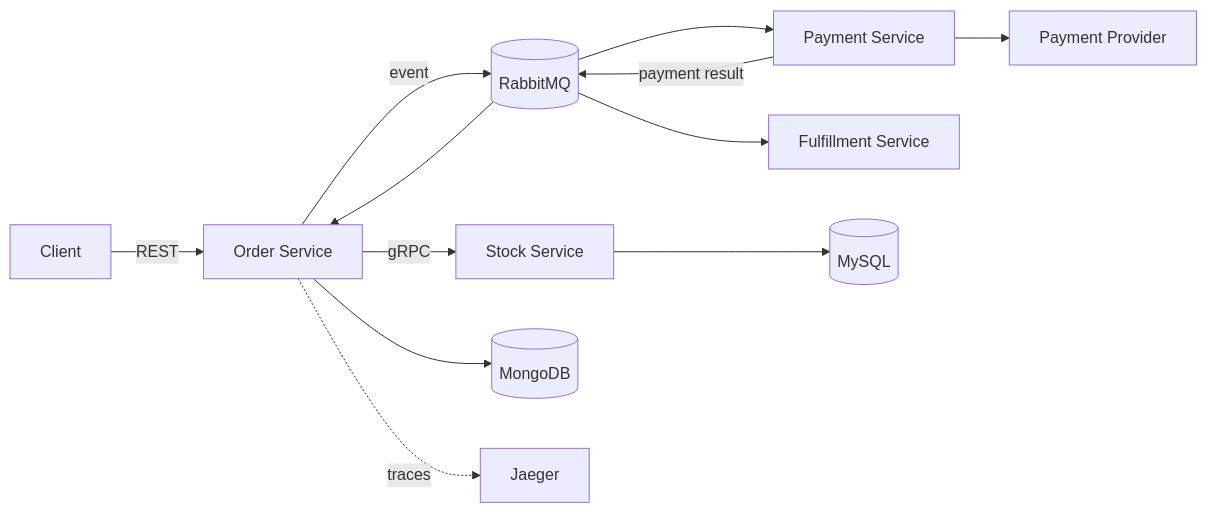
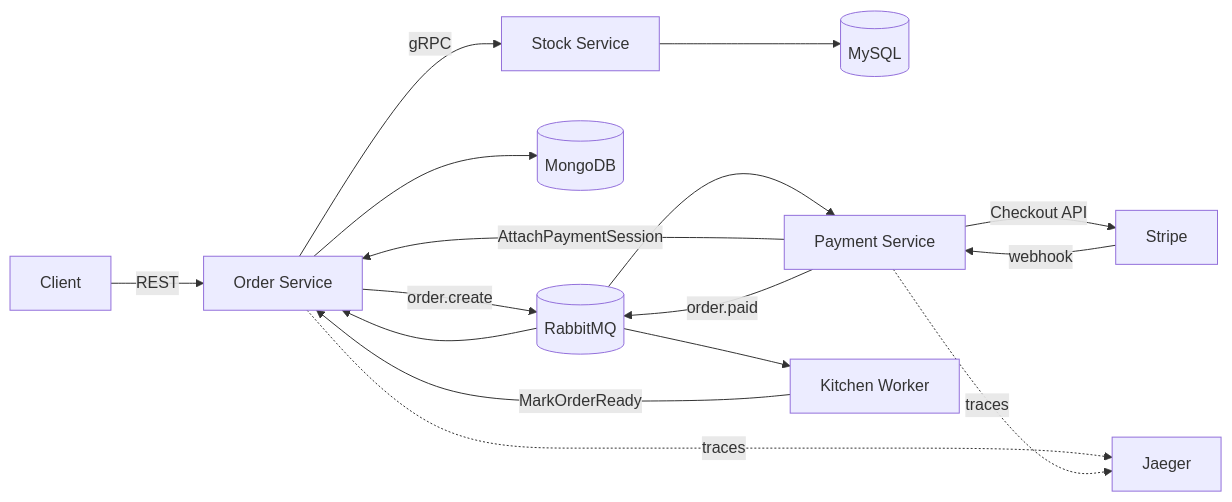
One commit to jiahuipaung/gorder changed the first of 2 diagrams in README.md. Above: the diagram before and after it, drawn with Mermaid. The commit also changed other lines of this file, not shown here.

````diff
--- a/README.md
+++ b/README.md
@@ -27,14 +28,21 @@
 ```mermaid
 flowchart LR
-    Client -->|REST| Order[Order Service]
+    Client[Client] -->|REST| Order[Order Service]
     Order -->|gRPC| Stock[Stock Service]
-    Order -->|event| MQ[(RabbitMQ)]
+    Stock --> MySQL[(MySQL)]
+    Order --> Mongo[(MongoDB)]
+
+    Order -->|order.create| MQ[(RabbitMQ)]
     MQ --> Payment[Payment Service]
-    Payment --> Provider[Payment Provider]
-    Payment -->|payment result| MQ
+    Payment -->|Checkout API| Stripe[Stripe]
+    Payment -->|AttachPaymentSession| Order
+
+    Stripe -->|webhook| Payment
+    Payment -->|order.paid| MQ
     MQ --> Order
-    MQ --> Kitchen[Fulfillment Service]
-    Order --> Mongo[(MongoDB)]
-    Stock --> MySQL[(MySQL)]
+    MQ --> Kitchen[Kitchen Worker]
+    Kitchen -->|MarkOrderReady| Order
+
     Order -. traces .-> Jaeger[Jaeger]
+    Payment -. traces .-> Jaeger
 ```
````
